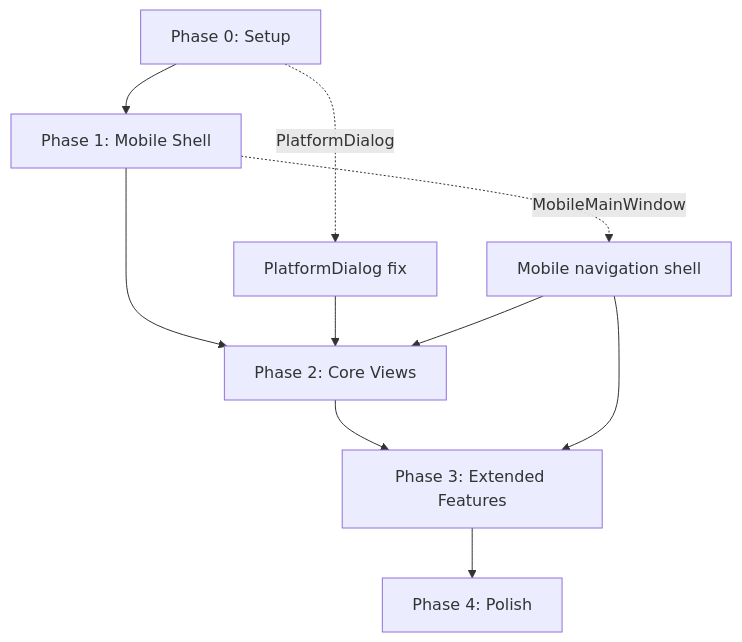
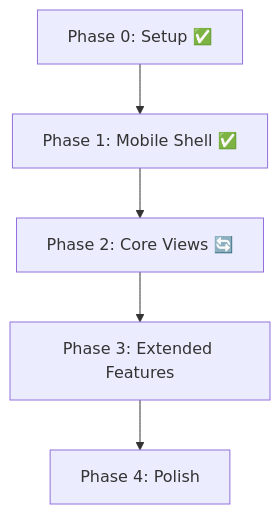
One commit to marcelofrau/xb-homebrew-vault changed the diagram in docs/android/05-implementation-plan.md. Above: the diagram before and after it, drawn with Mermaid. The commit also changed other lines of this file and 2 other files, not shown here.

First line of the commit message:
docs(android): update plan and views matrix to reflect current progress

````diff
--- a/docs/android/05-implementation-plan.md
+++ b/docs/android/05-implementation-plan.md
@@ -211,14 +149,7 @@
 ```mermaid
 graph TD
-    P0["Phase 0: Setup"] --> P1["Phase 1: Mobile Shell"]
-    P1 --> P2["Phase 2: Core Views"]
+    P0["Phase 0: Setup ✅"] --> P1["Phase 1: Mobile Shell ✅"]
+    P1 --> P2["Phase 2: Core Views 🔄"]
     P2 --> P3["Phase 3: Extended Features"]
     P3 --> P4["Phase 4: Polish"]
-
-    P0 -.->|"PlatformDialog"| PD["PlatformDialog fix"]
-    PD --> P2
-
-    P1 -.->|"MobileMainWindow"| MMW["Mobile navigation shell"]
-    MMW --> P2
-    MMW --> P3
 ```
````
